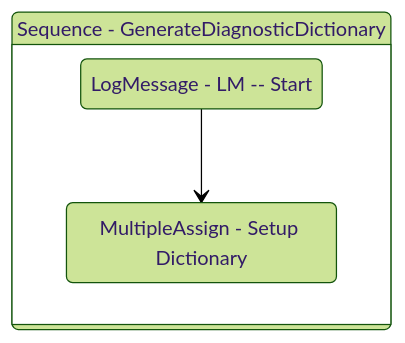
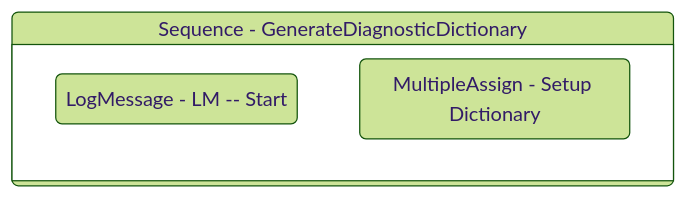
Before and after one commit to yashbrahmbhatt/LazyFramework: the diagram in Documentation/Utility/GenerateDiagnosticDictionary.md, drawn with Mermaid (forest theme). The commit also changed 72 other files, not shown here.

````diff
--- a/Documentation/Utility/GenerateDiagnosticDictionary.md
+++ b/Documentation/Utility/GenerateDiagnosticDictionary.md
@@ -123,12 +123,11 @@
 ```mermaid
 stateDiagram-v2
 
 
 Sequence_1: Sequence - GenerateDiagnosticDictionary
 state Sequence_1 {
 direction TB
 LogMessage_1 : LogMessage - LM -- Start
 MultipleAssign_1 : MultipleAssign - Setup Dictionary
-LogMessage_1 --> MultipleAssign_1
 }
 ```
````
